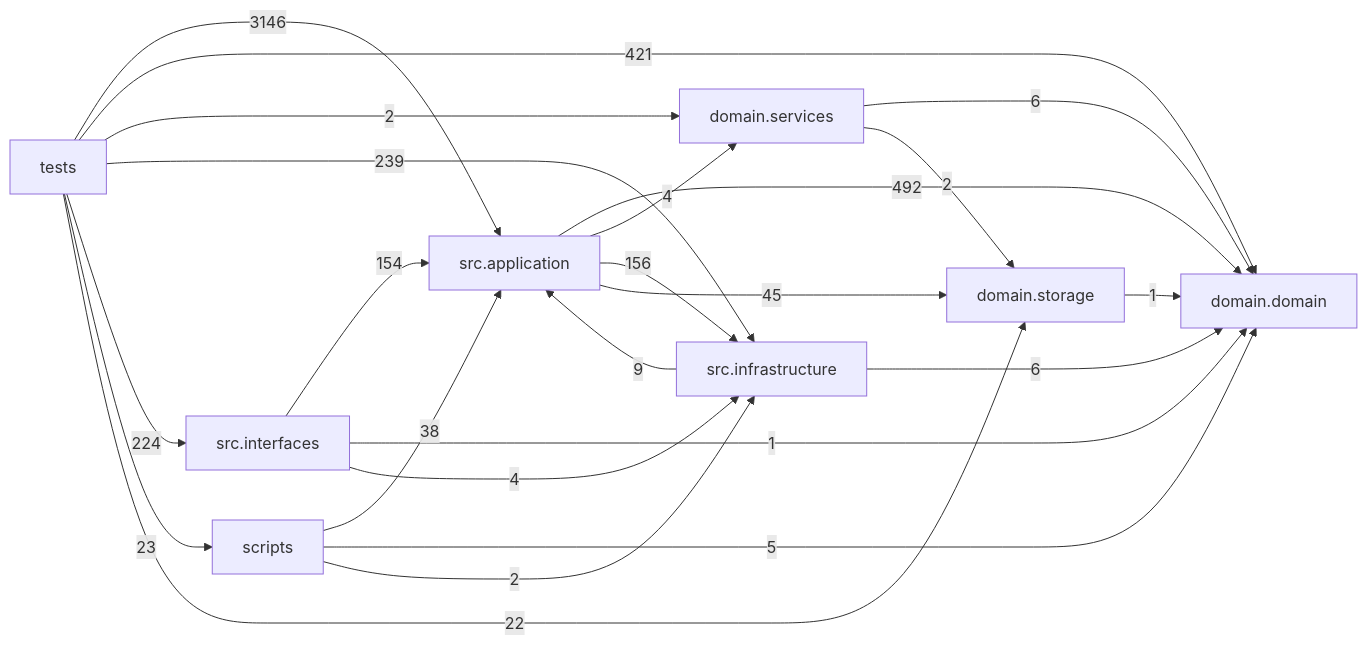
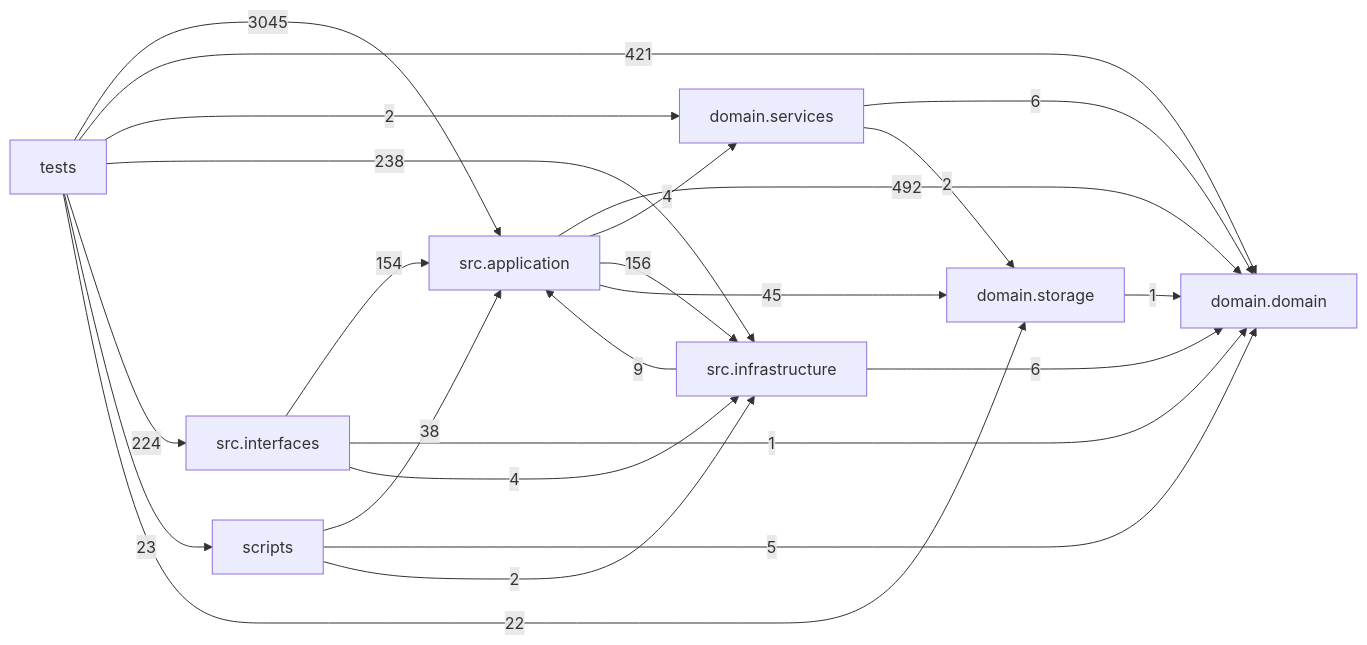
One commit to liuxie066/options-monitor changed the diagram in docs/DEPENDENCY_GRAPH.md. Above: the diagram before and after it, drawn with Mermaid. The commit also changed other lines of this file, not shown here.

Commit message:
docs(graph): regenerate the dependency graph after the dispatch refactor

````diff
--- a/docs/DEPENDENCY_GRAPH.md
+++ b/docs/DEPENDENCY_GRAPH.md
@@ -24,33 +24,33 @@
 ```mermaid
 flowchart LR
   tests["tests"]
   scripts["scripts"]
   interfaces["src.interfaces"]
   application["src.application"]
   infrastructure["src.infrastructure"]
   domain_services["domain.services"]
   domain["domain.domain"]
   storage["domain.storage"]
   application -->|492| domain
   application -->|4| domain_services
   application -->|156| infrastructure
   application -->|45| storage
   domain_services -->|6| domain
   domain_services -->|2| storage
   infrastructure -->|9| application
   infrastructure -->|6| domain
   interfaces -->|154| application
   interfaces -->|1| domain
   interfaces -->|4| infrastructure
   scripts -->|38| application
   scripts -->|5| domain
   scripts -->|2| infrastructure
   storage -->|1| domain
-  tests -->|3146| application
+  tests -->|3045| application
   tests -->|421| domain
   tests -->|2| domain_services
-  tests -->|239| infrastructure
+  tests -->|238| infrastructure
   tests -->|224| interfaces
   tests -->|23| scripts
   tests -->|22| storage
 ```
````
